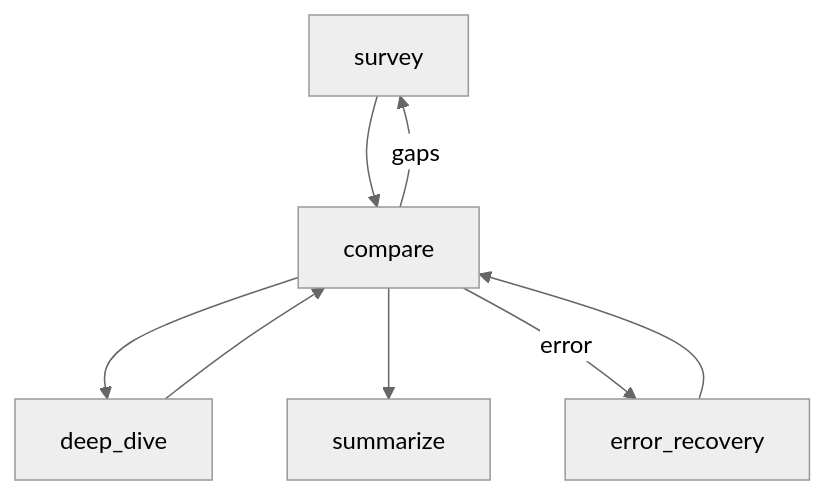
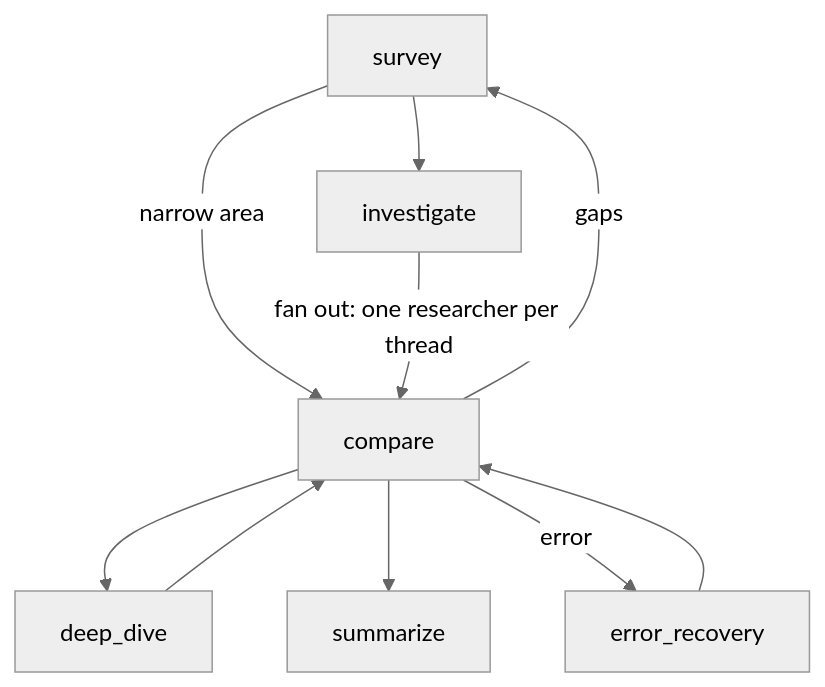
One commit to GEMISIS/leviath changed the fifth of 7 diagrams in docs/content/agent-catalog.md. Above: the diagram before and after it, drawn with Mermaid (neutral theme). The commit also changed other lines of this file and 52 other files, not shown here.

First line of the commit message:
feat(agents): fan out the research, review, and log agents

````diff
--- a/docs/content/agent-catalog.md
+++ b/docs/content/agent-catalog.md
@@ -176,10 +161,12 @@
 ```mermaid
 flowchart TD
-    survey --> compare
+    survey --> investigate
+    survey -->|narrow area| compare
+    investigate -->|"fan out: one researcher per thread"| compare
     compare -->|gaps| survey
     compare --> deep_dive
     deep_dive --> compare
     compare --> summarize
     compare -->|error| error_recovery
     error_recovery --> compare
 ```
````
